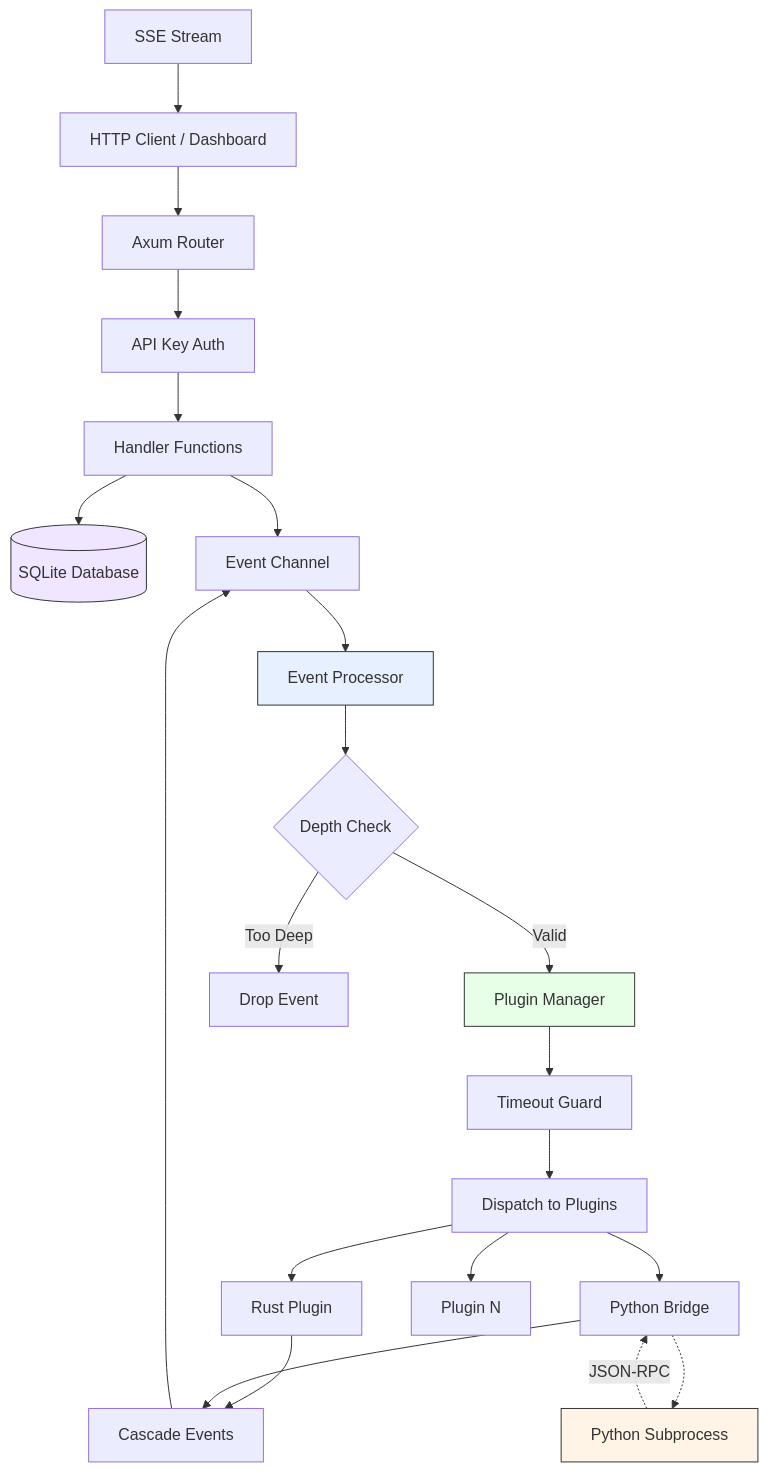
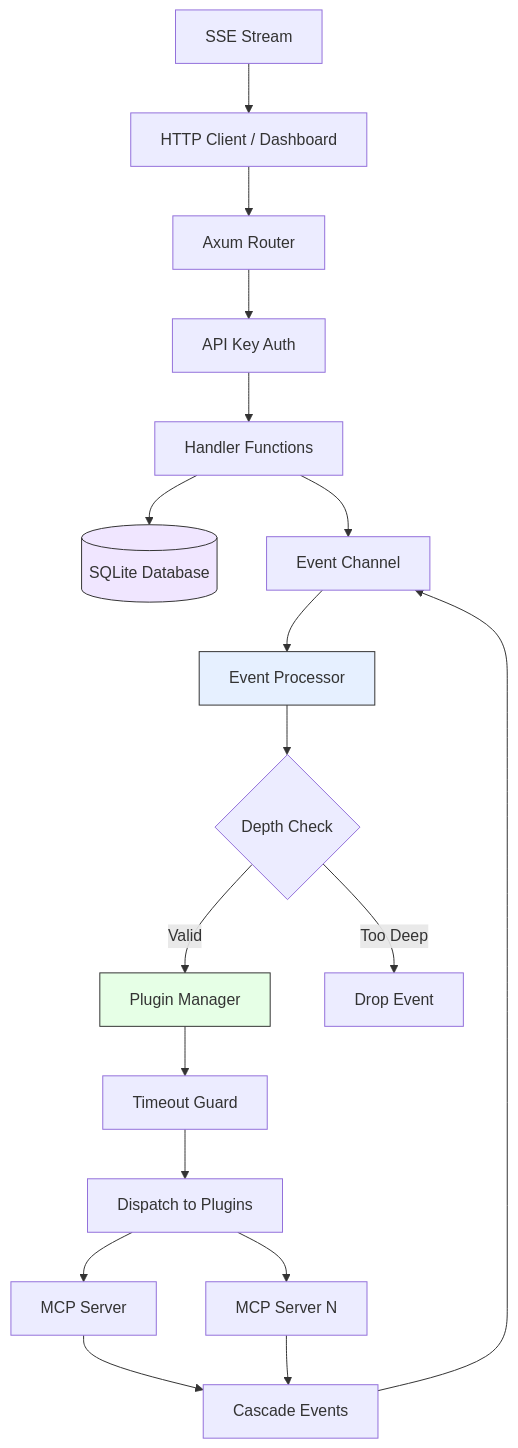
The diagram in docs/ARCHITECTURE.md (Cloto-dev/ClotoCore), drawn with Mermaid before and after one commit. The commit also changed other lines of this file and 6 other files, not shown here.

First line of the commit message:
Update docs for MCP-only architecture

````diff
--- a/docs/ARCHITECTURE.md
+++ b/docs/ARCHITECTURE.md
@@ -11,36 +11,31 @@
 ```mermaid
 graph TB
     Client[HTTP Client / Dashboard] --> Router[Axum Router]
     Router --> Auth[API Key Auth]
     Auth --> Handlers[Handler Functions]
 
     Handlers --> DB[(SQLite Database)]
     Handlers --> EventTx[Event Channel]
 
     EventTx --> Processor[Event Processor]
     Processor --> DepthCheck{Depth Check}
     DepthCheck -->|Valid| Manager[Plugin Manager]
     DepthCheck -->|Too Deep| Drop[Drop Event]
 
     Manager --> Timeout[Timeout Guard]
     Timeout --> Dispatch[Dispatch to Plugins]
 
-    Dispatch --> P1[Rust Plugin]
-    Dispatch --> P2[Python Bridge]
-    Dispatch --> PN[Plugin N]
+    Dispatch --> MCP1[MCP Server]
+    Dispatch --> MCPN[MCP Server N]
 
-    P1 --> Cascade[Cascade Events]
-    P2 --> Cascade
+    MCP1 --> Cascade[Cascade Events]
+    MCPN --> Cascade
 
     Cascade --> EventTx
-
-    P2 -.-> Python[Python Subprocess]
-    Python -.->|JSON-RPC| P2
 
     SSE[SSE Stream] --> Client
 
     style DB fill:#f0e6ff,stroke:#333
     style Processor fill:#e6f0ff,stroke:#333
     style Manager fill:#e6ffe6,stroke:#333
-    style Python fill:#fff4e6,stroke:#333
 ```
````
